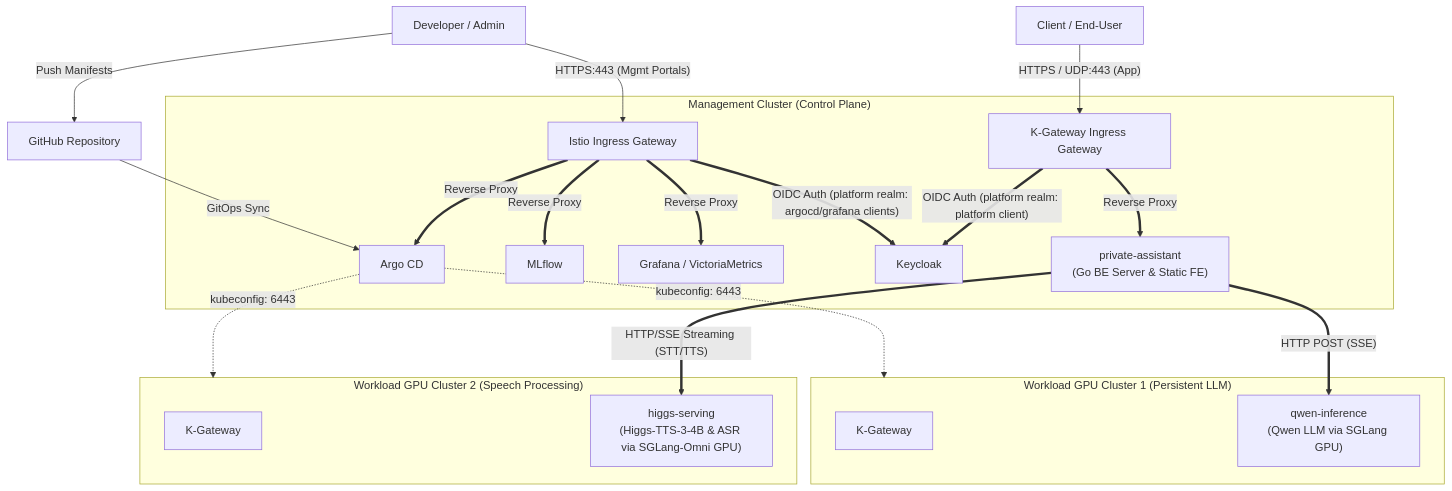
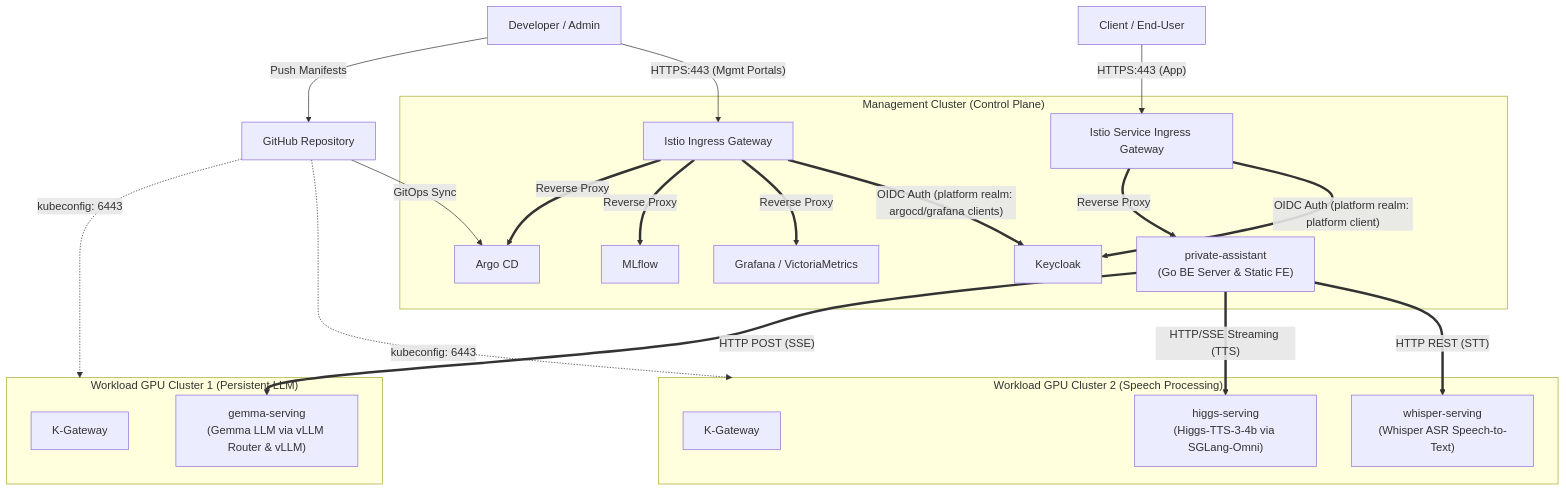
Before and after one commit to yhjh5302/gitops: the first of 3 diagrams in README.md, drawn with Mermaid. The commit also changed other lines of this file and 29 other files, not shown here.

Commit message:
feat: add gemma-serving, add whisper-serving, update ingress/gateways, and add probes

````diff
--- a/README.md
+++ b/README.md
@@ -9,48 +9,50 @@
 ```mermaid
 graph TB
     subgraph Management_Cluster["Management Cluster (Control Plane)"]
         ArgoCD_M[Argo CD]
         MLflow_M[MLflow]
         VM_M[Grafana / VictoriaMetrics]
         Keycloak_M[Keycloak]
         Gateway_M[Istio Ingress Gateway]
-        Gateway_S[K-Gateway Ingress Gateway]
+        Gateway_S[Istio Service Ingress Gateway]
         Backend["private-assistant<br/>(Go BE Server & Static FE)"]
     end
 
     subgraph Workload_Cluster_1["Workload GPU Cluster 1 (Persistent LLM)"]
         Gateway_W1[K-Gateway]
-        Qwen["qwen-inference<br/>(Qwen LLM via SGLang GPU)"]
+        Gemma["gemma-serving<br/>(Gemma LLM via vLLM Router & vLLM)"]
     end
 
     subgraph Workload_Cluster_2["Workload GPU Cluster 2 (Speech Processing)"]
         Gateway_W2[K-Gateway]
-        Higgs["higgs-serving<br/>(Higgs-TTS-3-4B & ASR via SGLang-Omni GPU)"]
+        Higgs["higgs-serving<br/>(Higgs-TTS-3-4b via SGLang-Omni)"]
+        Whisper["whisper-serving<br/>(Whisper ASR Speech-to-Text)"]
     end
 
     %% GitOps & User Roles
     Dev[Developer / Admin] -->|Push Manifests| Git[GitHub Repository]
     Dev -->|"HTTPS:443 (Mgmt Portals)"| Gateway_M
-    Client[Client / End-User] -->|"HTTPS / UDP:443 (App)"| Gateway_S
+    Client[Client / End-User] -->|"HTTPS:443 (App)"| Gateway_S
 
     %% GitOps Sync Flow
     Git -->|GitOps Sync| ArgoCD_M
 
     %% Control Path
-    ArgoCD_M -.->|kubeconfig: 6443| Workload_Cluster_1
-    ArgoCD_M -.->|kubeconfig: 6443| Workload_Cluster_2
+    Git -.->|kubeconfig: 6443| Workload_Cluster_1
+    Git -.->|kubeconfig: 6443| Workload_Cluster_2
 
     %% Management Ingress Flow (Istio)
     Gateway_M == "Reverse Proxy" ==> ArgoCD_M
     Gateway_M == "Reverse Proxy" ==> MLflow_M
     Gateway_M == "Reverse Proxy" ==> VM_M
     Gateway_M == "OIDC Auth (platform realm: argocd/grafana clients)" ==> Keycloak_M
 
-    %% Service Ingress Flow (K-Gateway)
+    %% Service Ingress Flow (Istio)
     Gateway_S == "Reverse Proxy" ==> Backend
     Gateway_S == "OIDC Auth (platform realm: platform client)" ==> Keycloak_M
 
     %% Workload Traffic
-    Backend == "HTTP POST (SSE)" ==> Qwen
-    Backend == "HTTP/SSE Streaming (STT/TTS)" ==> Higgs
+    Backend == "HTTP POST (SSE)" ==> Gemma
+    Backend == "HTTP/SSE Streaming (TTS)" ==> Higgs
+    Backend == "HTTP REST (STT)" ==> Whisper
 ```
````
